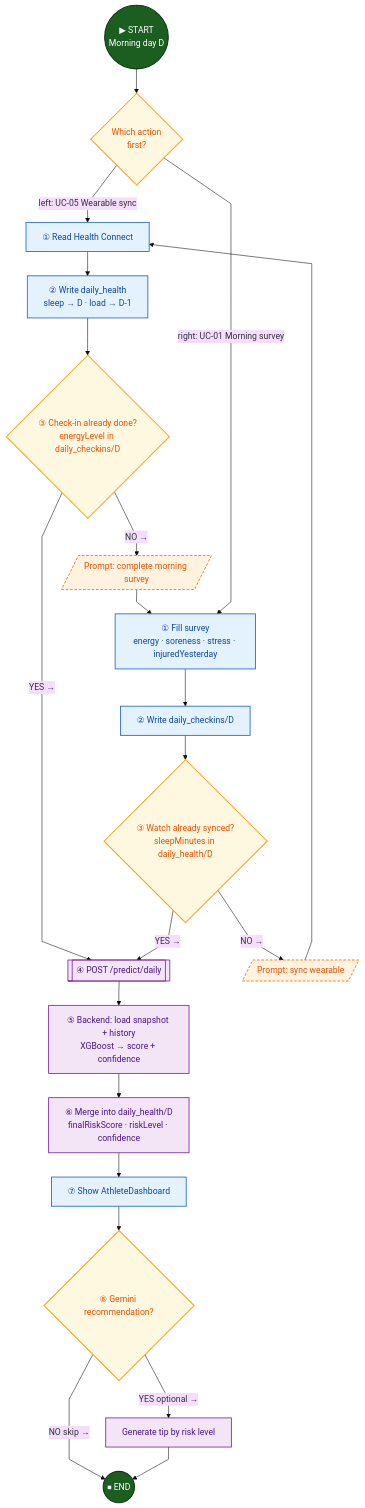
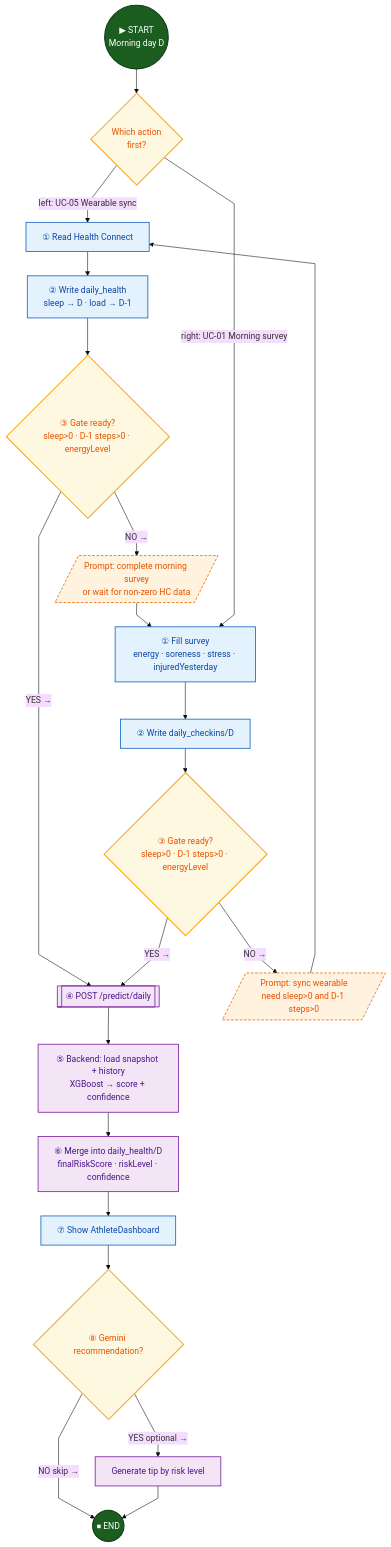
One commit to yahav97/final_project_AthleAgent changed the fourth of 7 diagrams in docs/HLD.md. Above: the diagram before and after it, drawn with Mermaid. The commit also changed other lines of this file and 7 other files, not shown here.

````diff
--- a/docs/HLD.md
+++ b/docs/HLD.md
@@ -193,45 +234,45 @@
 ```mermaid
 %%{init: {"flowchart": {"htmlLabels": true, "curve": "linear", "nodeSpacing": 40, "rankSpacing": 45}, "theme": "base"}}%%
 flowchart TB
     %% ===== UML Activity Diagram — Daily Injury Risk =====
     Start((▶ START<br/>Morning day D)) --> Fork{Which action<br/>first?}
 
     %% --- Path UC-05 ---
     Fork -->|left: UC-05 Wearable sync| Sync[① Read Health Connect]
     Sync --> WriteH[② Write daily_health<br/>sleep → D · load → D-1]
-    WriteH --> Q1{③ Check-in already done?<br/>energyLevel in daily_checkins/D}
+    WriteH --> Q1{③ Gate ready?<br/>sleep>0 · D-1 steps>0 · energyLevel}
     Q1 -->|YES →| Predict
-    Q1 -->|NO →| Prompt1[/Prompt: complete morning survey/]
+    Q1 -->|NO →| Prompt1[/Prompt: complete morning survey<br/>or wait for non-zero HC data/]
     Prompt1 --> Survey
 
     %% --- Path UC-01 ---
     Fork -->|right: UC-01 Morning survey| Survey[① Fill survey<br/>energy · soreness · stress · injuredYesterday]
     Survey --> WriteC[② Write daily_checkins/D]
-    WriteC --> Q2{③ Watch already synced?<br/>sleepMinutes in daily_health/D}
+    WriteC --> Q2{③ Gate ready?<br/>sleep>0 · D-1 steps>0 · energyLevel}
     Q2 -->|YES →| Predict
-    Q2 -->|NO →| Prompt2[/Prompt: sync wearable/]
+    Q2 -->|NO →| Prompt2[/Prompt: sync wearable<br/>need sleep>0 and D-1 steps>0/]
     Prompt2 --> Sync
 
     %% --- Shared prediction pipeline ---
     Predict[[④ POST /predict/daily]]
     Predict --> BE[⑤ Backend: load snapshot + history<br/>XGBoost → score + confidence]
     BE --> Save[⑥ Merge into daily_health/D<br/>finalRiskScore · riskLevel · confidence]
     Save --> Dash[⑦ Show AthleteDashboard]
     Dash --> Q3{⑧ Gemini recommendation?}
     Q3 -->|YES optional →| Gem[Generate tip by risk level]
     Q3 -->|NO skip →| EndNode
     Gem --> EndNode((⏹ END))
 
     %% --- Legend styles ---
     classDef startEnd fill:#1B5E20,stroke:#0D3B12,color:#fff,stroke-width:2px
     classDef process fill:#E3F2FD,stroke:#1565C0,color:#0D47A1,stroke-width:1.5px
     classDef decision fill:#FFF8E1,stroke:#F9A825,color:#E65100,stroke-width:2px
     classDef system fill:#F3E5F5,stroke:#7B1FA2,color:#4A148C,stroke-width:1.5px
     classDef prompt fill:#FFF3E0,stroke:#EF6C00,color:#E65100,stroke-width:1.5px,stroke-dasharray: 5 3
 
     class Start,EndNode startEnd
     class Sync,WriteH,Survey,WriteC,Dash process
     class Fork,Q1,Q2,Q3 decision
     class Predict,BE,Save,Gem system
     class Prompt1,Prompt2 prompt
 ```
````
